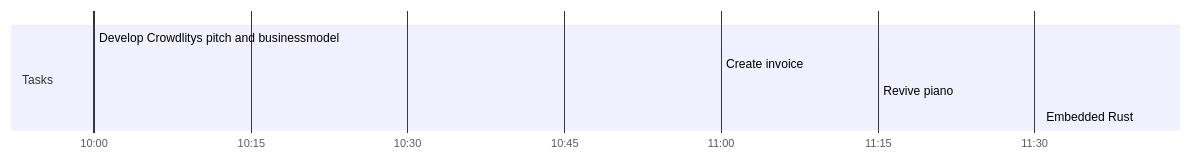
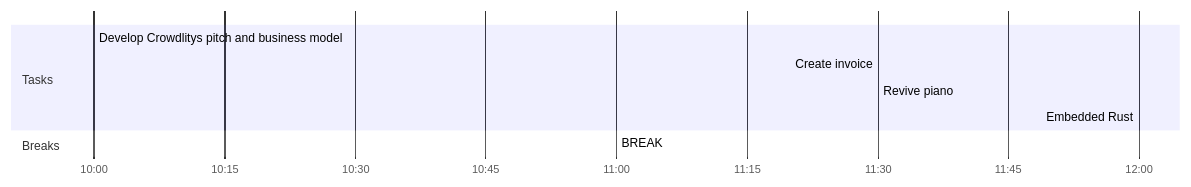
Before and after one commit to jjgumucio/KnowledgeBase: the diagram in KnowledgeBase/Day Planners/Day Planner-20220203.md, drawn with Mermaid. The commit also changed other lines of this file and 2 other files, not shown here.

Commit message:
vault backup: 03-02-2022 10:58:23

````diff
--- a/KnowledgeBase/Day Planners/Day Planner-20220203.md
+++ b/KnowledgeBase/Day Planners/Day Planner-20220203.md
@@ -2,13 +2,13 @@
 ```mermaid
 gantt
     dateFormat  HH-mm
     axisFormat %H:%M
-    %% Current Time: 10:53:22 AM
+    %% Current Time: 10:58:22 AM
     section Tasks
-    Develop Crowdlitys pitch and businessmodel     :10-00, 60mm
-    Create invoice     :11-00, 15mm
-    Revive piano     :11-15, 25mm
-    Embedded Rust     :11-40, 0mm
+    Develop Crowdlitys pitch and business model     :10-00, 60mm
+    Create invoice     :11-20, 10mm
+    Revive piano     :11-30, 30mm
+    Embedded Rust     :12-00, 0mm
     section Breaks
-
+    BREAK     :11-00, 20mm
 ```
````
